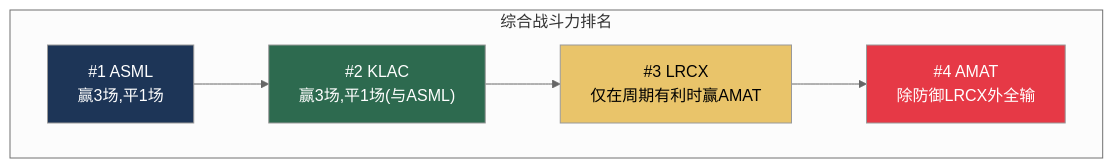
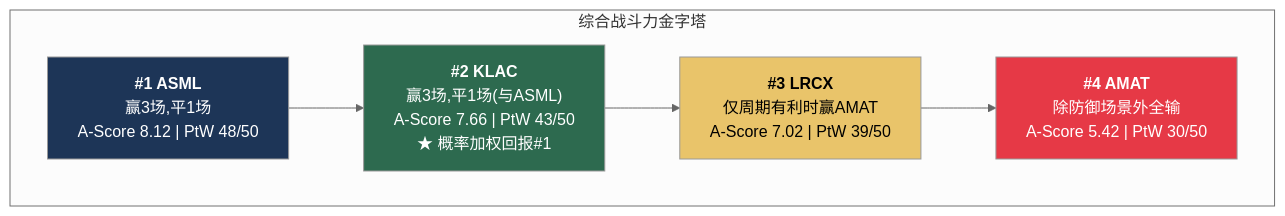
The diagram in staging/strategy_report/Ch16_competitive_interaction_map.md (miltonnewyork25-afk/investment-master), drawn with Mermaid (neutral theme) before and after one commit. The commit also changed other lines of this file and 5 other files, not shown here.

````diff
--- a/staging/strategy_report/Ch16_competitive_interaction_map.md
+++ b/staging/strategy_report/Ch16_competitive_interaction_map.md
@@ -33,13 +96,16 @@
 ```mermaid
 graph TD
-    subgraph "综合战斗力排名"
-        R1["#1 ASML<br/>赢3场,平1场"] --> R2["#2 KLAC<br/>赢3场,平1场(与ASML)"]
-        R2 --> R3["#3 LRCX<br/>仅在周期有利时赢AMAT"]
-        R3 --> R4["#4 AMAT<br/>除防御LRCX外全输"]
+    subgraph "综合战斗力金字塔"
+        T1["<b>#1 ASML</b><br/>赢3场,平1场<br/>A-Score 8.12 | PtW 48/50"]
+        T2["<b>#2 KLAC</b><br/>赢3场,平1场(与ASML)<br/>A-Score 7.66 | PtW 43/50<br/>★ 概率加权回报#1"]
+        T3["<b>#3 LRCX</b><br/>仅周期有利时赢AMAT<br/>A-Score 7.02 | PtW 39/50"]
+        T4["<b>#4 AMAT</b><br/>除防御场景外全输<br/>A-Score 5.42 | PtW 30/50"]
     end
 
-    style R1 fill:#1d3557,color:#fff
-    style R2 fill:#2d6a4f,color:#fff
-    style R3 fill:#e9c46a,color:#000
-    style R4 fill:#e63946,color:#fff
+    T1 --> T2 --> T3 --> T4
+
+    style T1 fill:#1d3557,color:#fff
+    style T2 fill:#2d6a4f,color:#fff
+    style T3 fill:#e9c46a,color:#000
+    style T4 fill:#e63946,color:#fff
 ```
````
